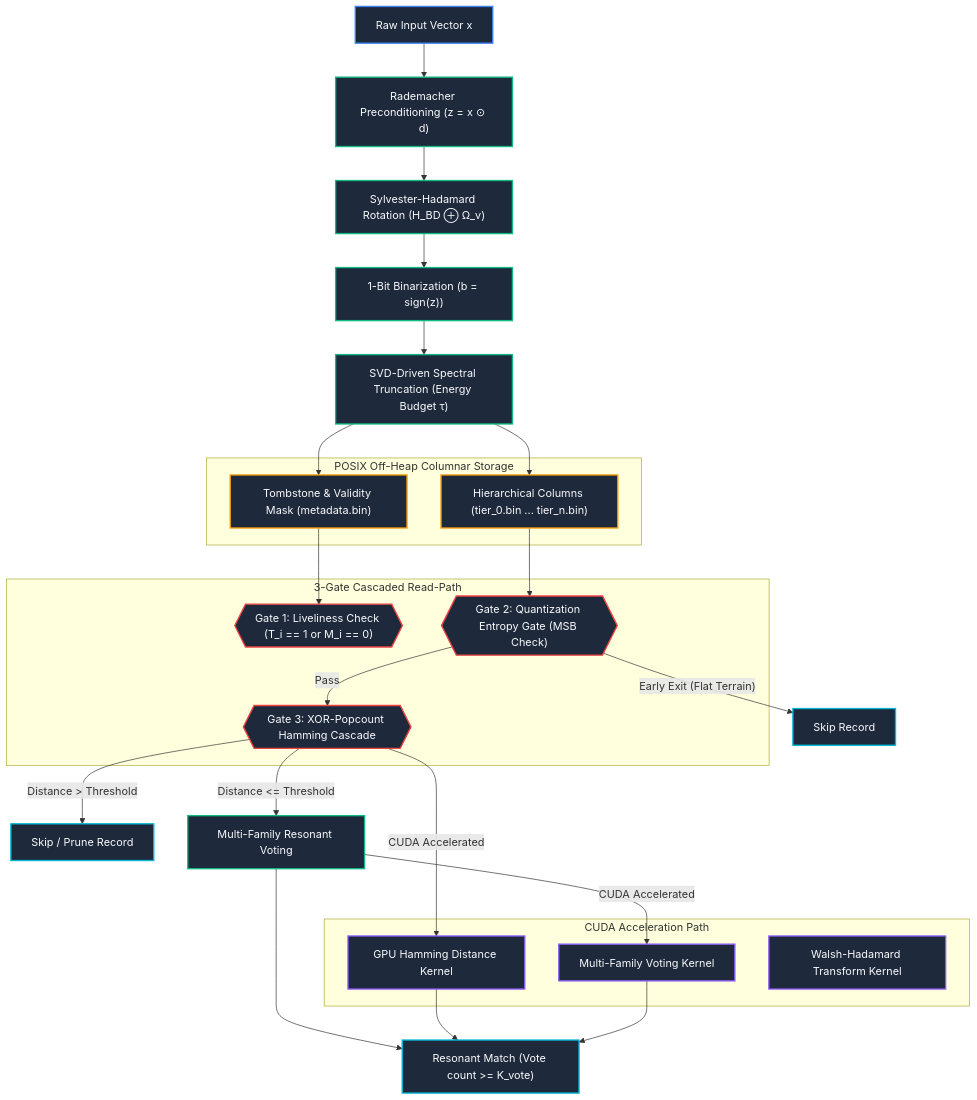
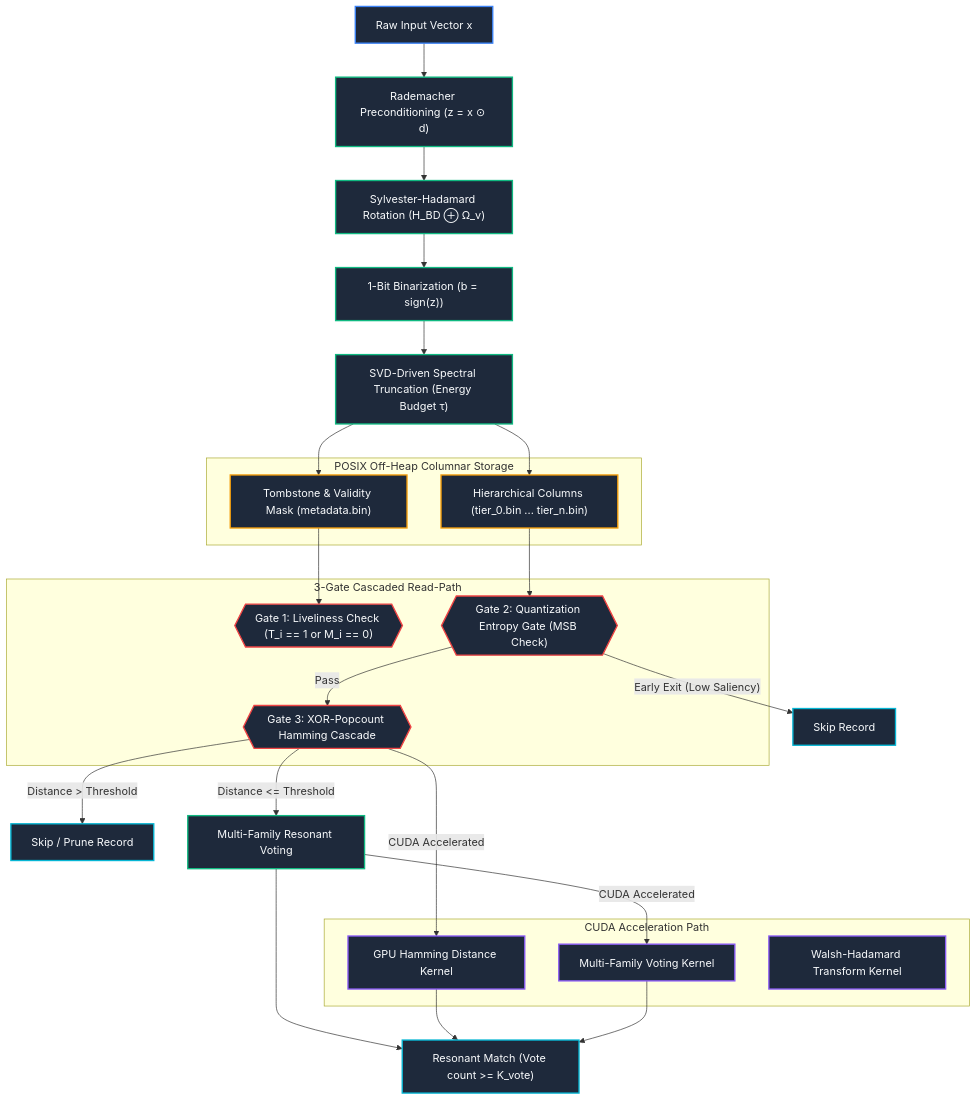
Before and after one commit to F1nnSBK/Pithos: the diagram in docs/architecture.md, drawn with Mermaid. The commit also changed other lines of this file and 5 other files, not shown here.

````diff
--- a/docs/architecture.md
+++ b/docs/architecture.md
@@ -11,47 +11,47 @@
 ```mermaid
 graph TD
     classDef input fill:#1e293b,stroke:#3b82f6,stroke-width:2px,color:#f8fafc;
     classDef transform fill:#1e293b,stroke:#10b981,stroke-width:2px,color:#f8fafc;
     classDef storage fill:#1e293b,stroke:#f59e0b,stroke-width:2px,color:#f8fafc;
     classDef gate fill:#1e293b,stroke:#ef4444,stroke-width:2px,color:#f8fafc;
     classDef cuda fill:#1e293b,stroke:#8b5cf6,stroke-width:2px,color:#f8fafc;
     classDef output fill:#1e293b,stroke:#06b6d4,stroke-width:2px,color:#f8fafc;
     
     A[Raw Input Vector x]:::input --> B["Rademacher Preconditioning (z = x ⊙ d)"]:::transform
     B --> C["Sylvester-Hadamard Rotation (H_BD ⊕ Ω_v)"]:::transform
     C --> D["1-Bit Binarization (b = sign(z))"]:::transform
     D --> E["SVD-Driven Spectral Truncation (Energy Budget τ)"]:::transform
     
     subgraph Storage Layer [POSIX Off-Heap Columnar Storage]
         F["Tombstone & Validity Mask (metadata.bin)"]:::storage
         G["Hierarchical Columns (tier_0.bin ... tier_n.bin)"]:::storage
     end
     
     E --> F
     E --> G
     
     subgraph Read Path [3-Gate Cascaded Read-Path]
         H{{"Gate 1: Liveliness Check (T_i == 1 or M_i == 0)"}}:::gate
         I{{"Gate 2: Quantization Entropy Gate (MSB Check)"}}:::gate
         J{{"Gate 3: XOR-Popcount Hamming Cascade"}}:::gate
     end
     
     subgraph "CUDA Acceleration Path"
         J2["GPU Hamming Distance Kernel"]:::cuda
         M2["Multi-Family Voting Kernel"]:::cuda
         W2["Walsh-Hadamard Transform Kernel"]:::cuda
     end
     
     F --> H
     G --> I
-    I -- "Early Exit (Flat Terrain)" --> K[Skip Record]:::output
+    I -- "Early Exit (Low Saliency)" --> K[Skip Record]:::output
     I -- "Pass" --> J
     J -- "Distance > Threshold" --> L[Skip / Prune Record]:::output
     J -- "Distance <= Threshold" --> M[Multi-Family Resonant Voting]:::transform
     J -- "CUDA Accelerated" --> J2
     M -- "CUDA Accelerated" --> M2
     
     M --> N["Resonant Match (Vote count >= K_vote)"]:::output
     J2 --> N
     M2 --> N
 ```
````
